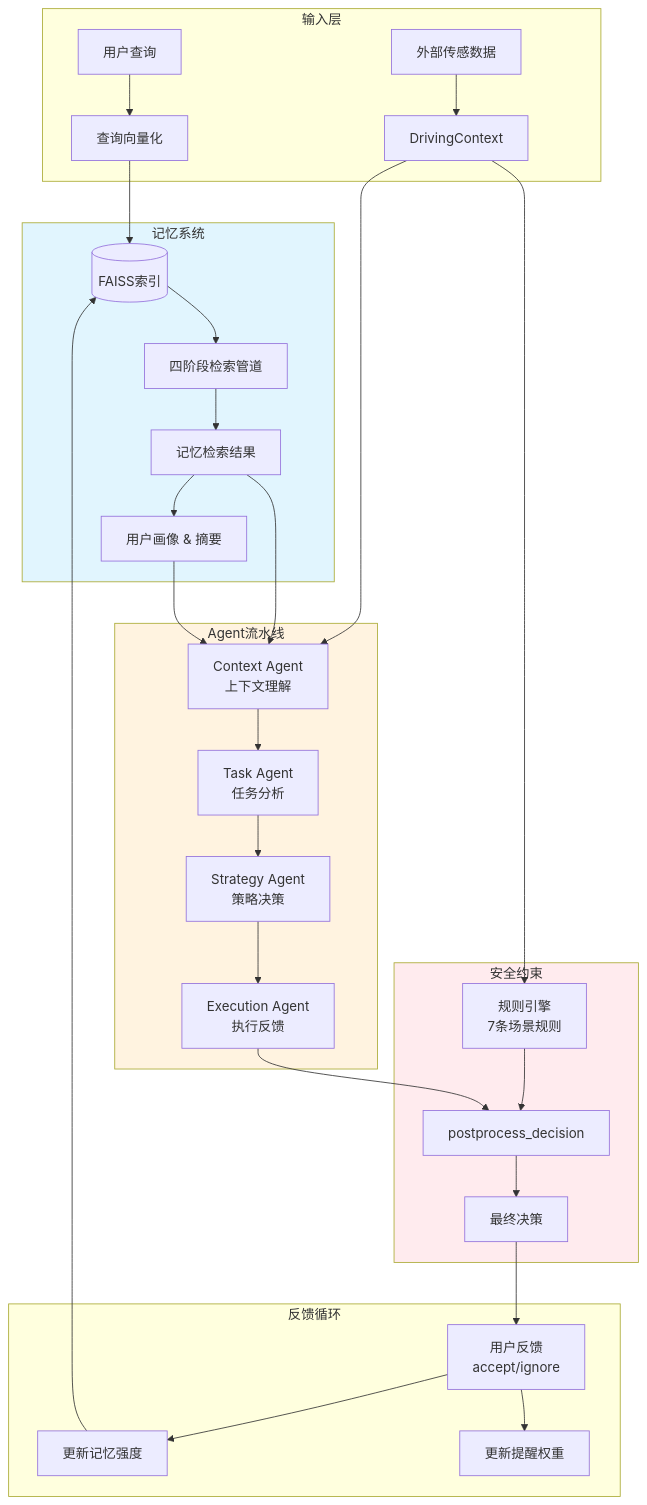
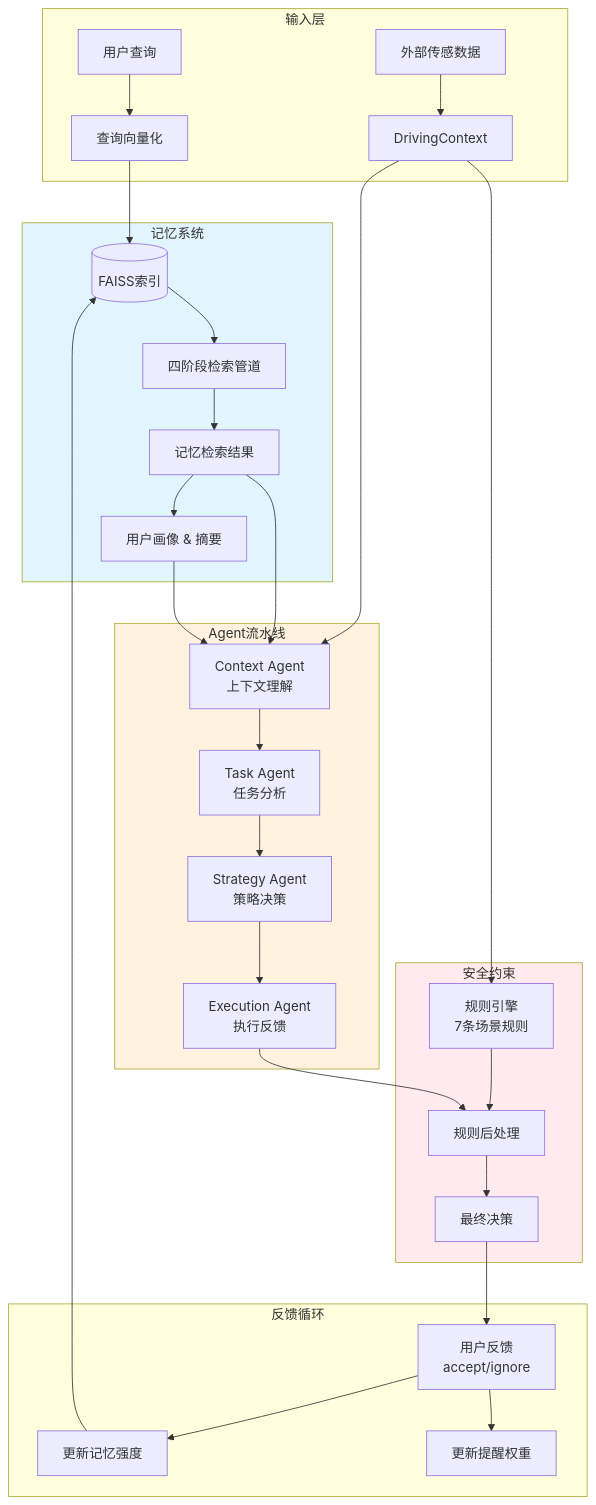
One commit to MiyakoMeow/DrivePal changed the first of 4 diagrams in archive/初稿-20260511.md. Above: the diagram before and after it, drawn with Mermaid. The commit also changed other lines of this file, not shown here.

````diff
--- a/archive/初稿-20260511.md
+++ b/archive/初稿-20260511.md
@@ -125,41 +117,41 @@
 ```mermaid
 graph TB
     subgraph 输入层
         A[用户查询] --> B[查询向量化]
         C[外部传感数据] --> D[DrivingContext]
     end
 
     subgraph 记忆系统
         B --> E[(FAISS索引)]
         E --> F[四阶段检索管道]
         F --> G[记忆检索结果]
         G --> H[用户画像 & 摘要]
     end
 
     subgraph Agent流水线
         D --> I[Context Agent<br/>上下文理解]
         G --> I
         H --> I
         I --> J[Task Agent<br/>任务分析]
         J --> K[Strategy Agent<br/>策略决策]
         K --> L[Execution Agent<br/>执行反馈]
     end
 
     subgraph 安全约束
         D --> M[规则引擎<br/>7条场景规则]
-        M --> N[postprocess_decision]
+        M -->         N[规则后处理]
         L --> N
         N --> O[最终决策]
     end
 
     subgraph 反馈循环
         O --> P[用户反馈<br/>accept/ignore]
         P --> Q[更新记忆强度]
         P --> R[更新提醒权重]
         Q --> E
     end
 
     style 记忆系统 fill:#e1f5fe
     style Agent流水线 fill:#fff3e0
     style 安全约束 fill:#ffebee
 ```
````
